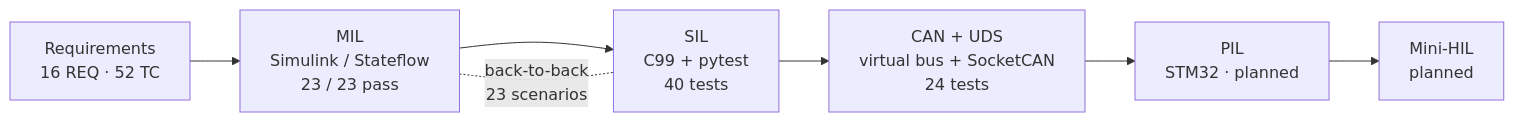
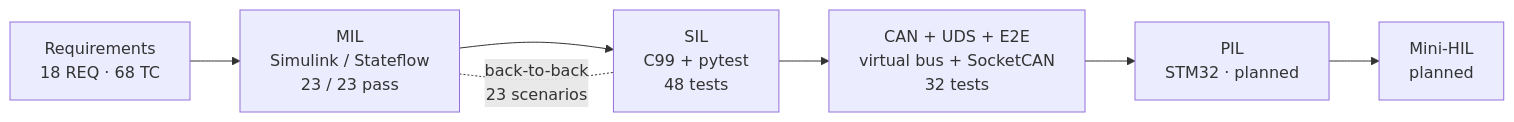
Before and after one commit to vivek123100/power-window-ecu-testing: the diagram in README.md, drawn with Mermaid. The commit also changed other lines of this file and 9 other files, not shown here.

````diff
--- a/README.md
+++ b/README.md
@@ -21,9 +21,9 @@
 ```mermaid
 flowchart LR
-  REQ["Requirements<br/>16 REQ · 52 TC"] --> MIL["MIL<br/>Simulink / Stateflow<br/>23 / 23 pass"]
-  MIL --> SIL["SIL<br/>C99 + pytest<br/>40 tests"]
+  REQ["Requirements<br/>18 REQ · 68 TC"] --> MIL["MIL<br/>Simulink / Stateflow<br/>23 / 23 pass"]
+  MIL --> SIL["SIL<br/>C99 + pytest<br/>48 tests"]
   MIL -. "back-to-back<br/>23 scenarios" .- SIL
-  SIL --> CAN["CAN + UDS<br/>virtual bus + SocketCAN<br/>24 tests"]
+  SIL --> CAN["CAN + UDS + E2E<br/>virtual bus + SocketCAN<br/>32 tests"]
   CAN --> PIL["PIL<br/>STM32 · planned"]
   PIL --> HIL["Mini-HIL<br/>planned"]
 ```
````
